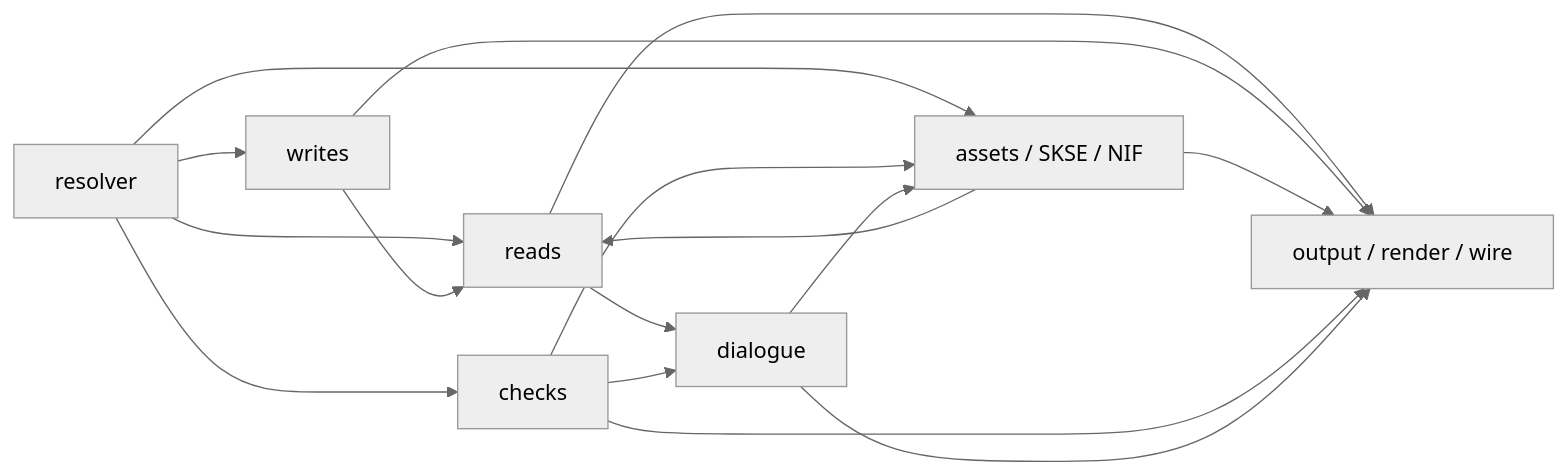
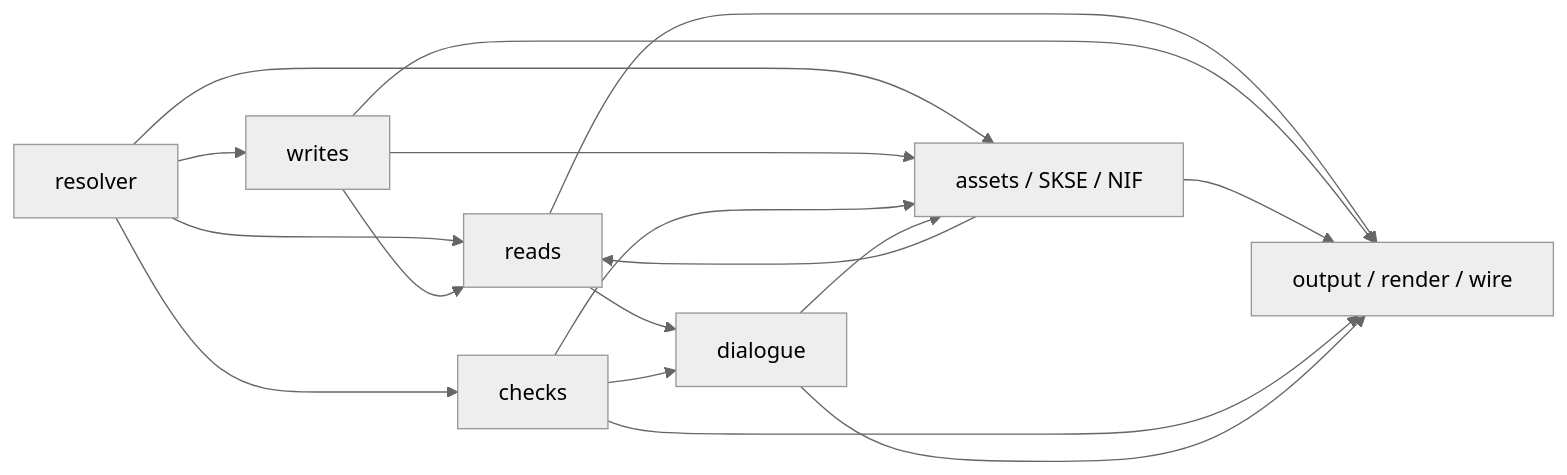
Before and after one commit to Avick3110/houseCARL: the diagram in docs/README.md, drawn with Mermaid (neutral theme). The commit also changed other lines of this file and 15 other files, not shown here.

````diff
--- a/docs/README.md
+++ b/docs/README.md
@@ -10,18 +10,19 @@
 ```mermaid
 flowchart LR
   R[resolver] --> RD[reads]
   R --> W[writes]
   R --> A[assets / SKSE / NIF]
   R --> C[checks]
+  W --> A
   A --> RD
   W --> RD
   RD --> D[dialogue]
   C --> D
   C --> A
   D --> A
   RD --> O[output / render / wire]
   W --> O
   A --> O
   C --> O
   D --> O
 ```
````
